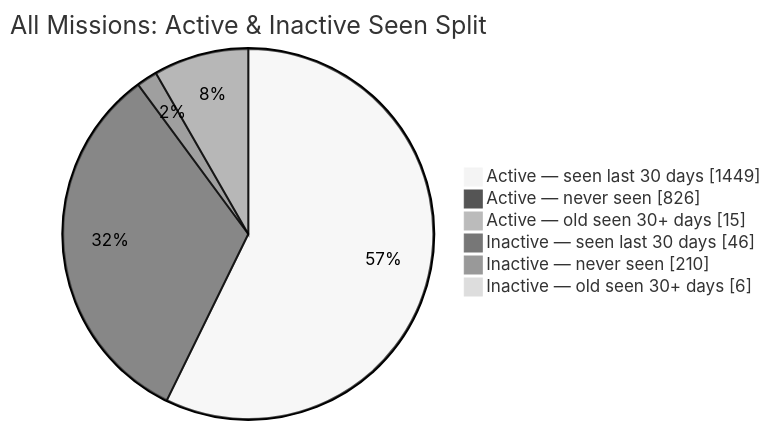
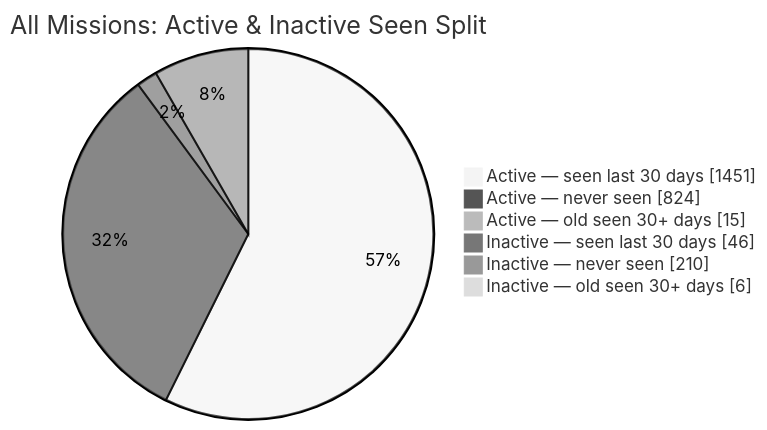
The second of 2 diagrams in README.md (MeldkamerspelGameTeam/active-missions), drawn with Mermaid (neutral theme) before and after one commit. The commit also changed other lines of this file and 2 other files, not shown here.

````diff
--- a/README.md
+++ b/README.md
@@ -44,10 +44,10 @@
 ```mermaid
 pie showData
     title All Missions: Active & Inactive Seen Split
-    "Active — seen last 30 days" : 1449
-    "Active — never seen" : 826
+    "Active — seen last 30 days" : 1451
+    "Active — never seen" : 824
     "Active — old seen 30+ days" : 15
     "Inactive — seen last 30 days" : 46
     "Inactive — never seen" : 210
     "Inactive — old seen 30+ days" : 6
 ```
````
